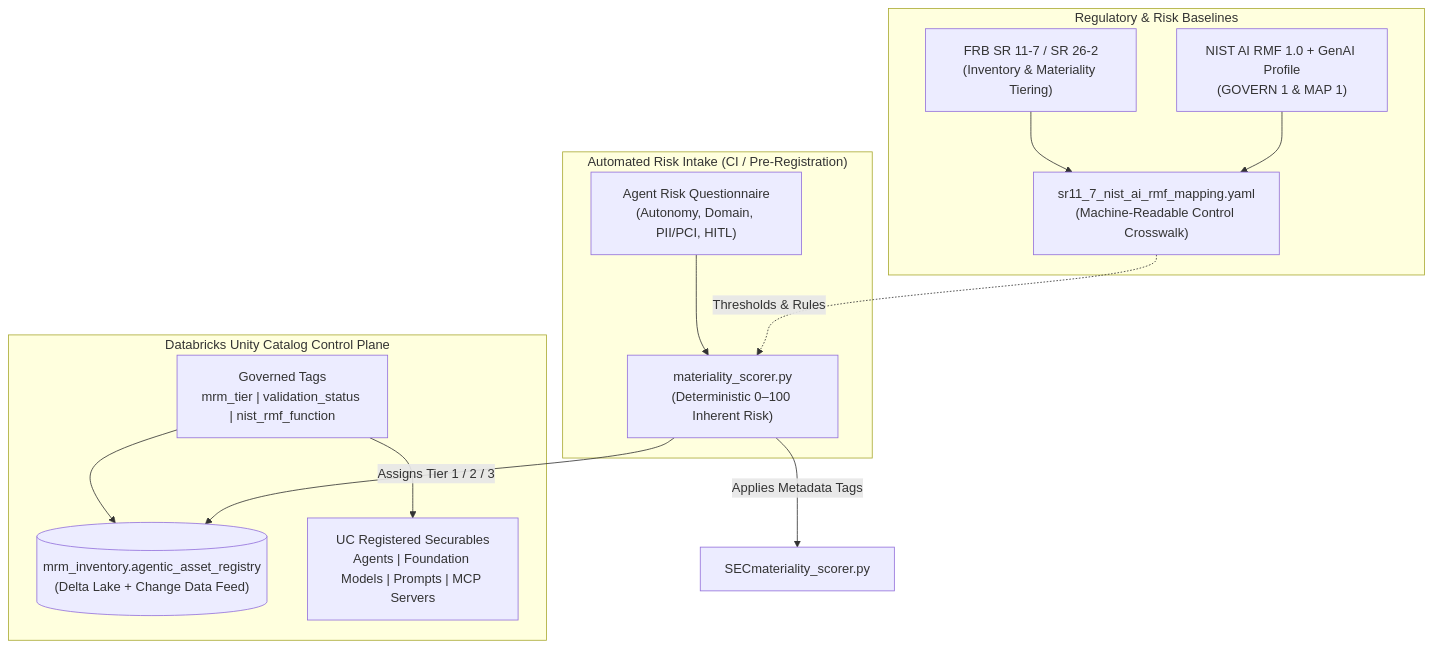
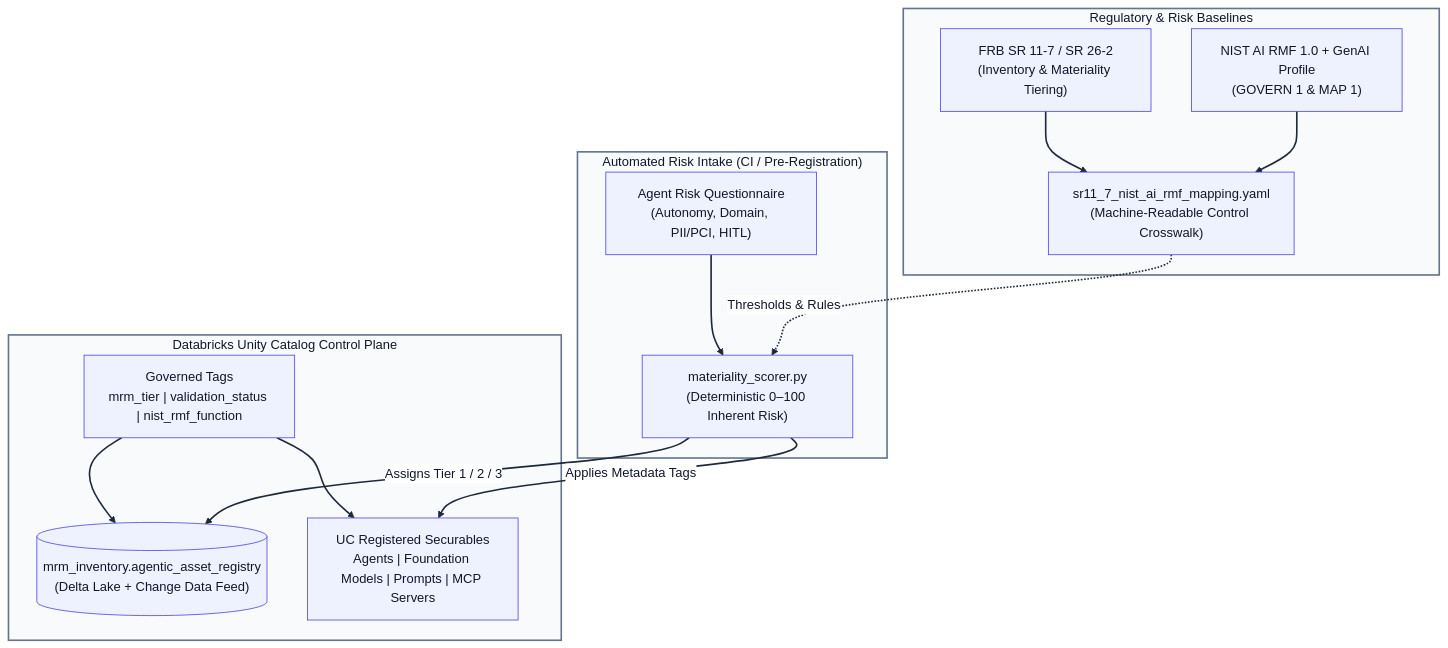
Before and after one commit to vrrgithub1/agentic-mrm-lifecycle-governance: the diagram in docs/publishing/phase_1_uc_inventory/diagram_control_plane.mmd, drawn with Mermaid. The commit also changed 3 other files, not shown here.

```diff
--- a/docs/publishing/phase_1_uc_inventory/diagram_control_plane.mmd
+++ b/docs/publishing/phase_1_uc_inventory/diagram_control_plane.mmd
@@ -1,26 +1,48 @@
+%%{init: {
+  'theme': 'base',
+  'themeVariables': {
+    'background': '#ffffff',
+    'primaryColor': '#eef2ff',
+    'primaryTextColor': '#0f172a',
+    'primaryBorderColor': '#4f46e5',
+    'lineColor': '#1e293b',
+    'secondaryColor': '#f8fafc',
+    'tertiaryColor': '#f1f5f9',
+    'edgeLabelBackground': '#ffffff',
+    'fontFamily': 'Inter, Arial, sans-serif'
+  }
+}}%%
 flowchart TB
     subgraph REG["Regulatory & Risk Baselines"]
         SR["FRB SR 11-7 / SR 26-2<br/>(Inventory & Materiality Tiering)"]
         NIST["NIST AI RMF 1.0 + GenAI Profile<br/>(GOVERN 1 & MAP 1)"]
         YAML["sr11_7_nist_ai_rmf_mapping.yaml<br/>(Machine-Readable Control Crosswalk)"]
         SR --> YAML
         NIST --> YAML
     end
 
     subgraph INTAKE["Automated Risk Intake (CI / Pre-Registration)"]
         Q["Agent Risk Questionnaire<br/>(Autonomy, Domain, PII/PCI, HITL)"]
         SCORER["materiality_scorer.py<br/>(Deterministic 0–100 Inherent Risk)"]
         Q --> SCORER
         YAML -.->|Thresholds & Rules| SCORER
     end
 
     subgraph UC["Databricks Unity Catalog Control Plane"]
         TAGS["Governed Tags<br/>mrm_tier | validation_status | nist_rmf_function"]
         REG_TBL[("mrm_inventory.agentic_asset_registry<br/>(Delta Lake + Change Data Feed)")]
         SEC["UC Registered Securables<br/>Agents | Foundation Models | Prompts | MCP Servers"]
         TAGS --> REG_TBL
         TAGS --> SEC
     end
 
     SCORER -->|Assigns Tier 1 / 2 / 3| REG_TBL
-    SCORER -->|Applies Metadata Tags| SECmateriality_scorer.py
+    SCORER -->|Applies Metadata Tags| SEC
+
+    %% Style subgraph containers with solid light fills & crisp borders
+    style REG fill:#f8fafc,stroke:#64748b,stroke-width:2px,color:#0f172a
+    style INTAKE fill:#f8fafc,stroke:#64748b,stroke-width:2px,color:#0f172a
+    style UC fill:#f8fafc,stroke:#64748b,stroke-width:2px,color:#0f172a
+
+    %% Thicken connector lines for mobile LinkedIn readability
+    linkStyle default stroke:#1e293b,stroke-width:2px
```
